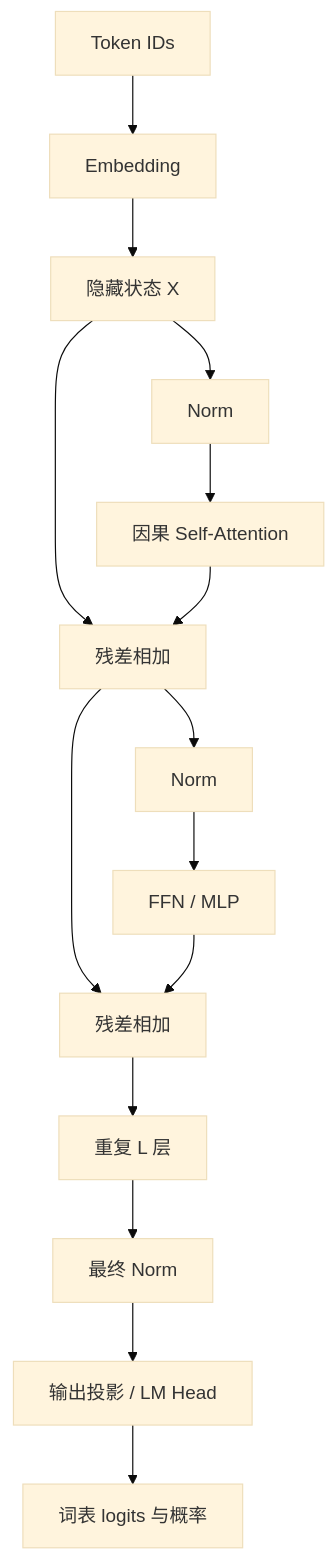
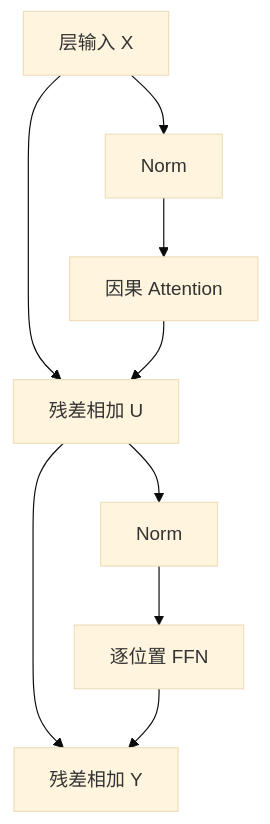
The diagram in docs/04-transformer.md (miauyle/ai-systems-architecture-guide), drawn with Mermaid (base theme) before and after one commit. The commit also changed other lines of this file and 23 other files, not shown here.

````diff
--- a/docs/04-transformer.md
+++ b/docs/04-transformer.md
@@ -15,17 +24,11 @@
 ```mermaid
-flowchart TD
-    I[Token IDs] --> E[Embedding]
-    E --> X[隐藏状态 X]
-    X --> N1[Norm]
-    N1 --> A[因果 Self-Attention]
-    X --> R1[残差相加]
-    A --> R1
-    R1 --> N2[Norm]
-    N2 --> F[FFN / MLP]
-    R1 --> R2[残差相加]
-    F --> R2
-    R2 --> L[重复 L 层]
-    L --> N3[最终 Norm]
-    N3 --> H[输出投影 / LM Head]
-    H --> P[词表 logits 与概率]
+flowchart TB
+    X[层输入 X] --> N[Norm]
+    N --> A[因果 Attention]
+    X --> U[残差相加 U]
+    A --> U
+    U --> N2[Norm]
+    N2 --> F[逐位置 FFN]
+    U --> Y[残差相加 Y]
+    F --> Y
 ```
````
